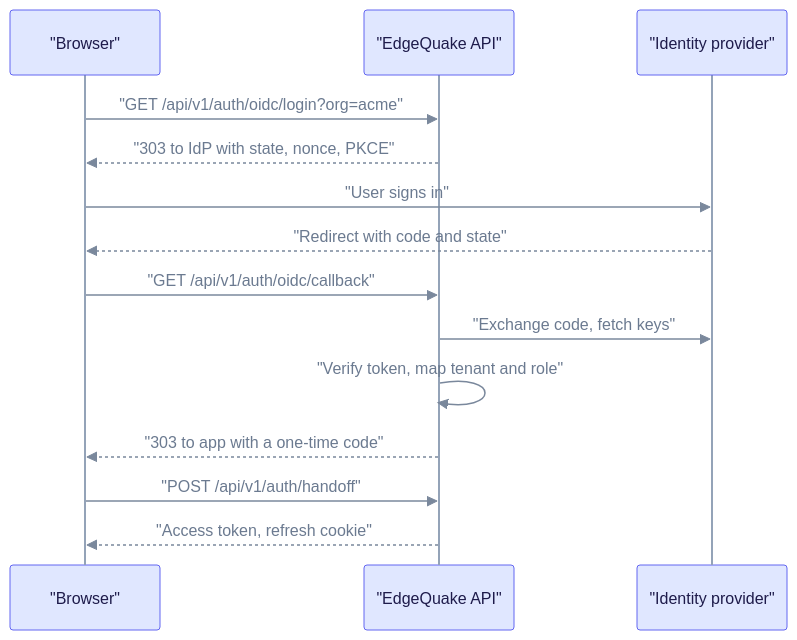
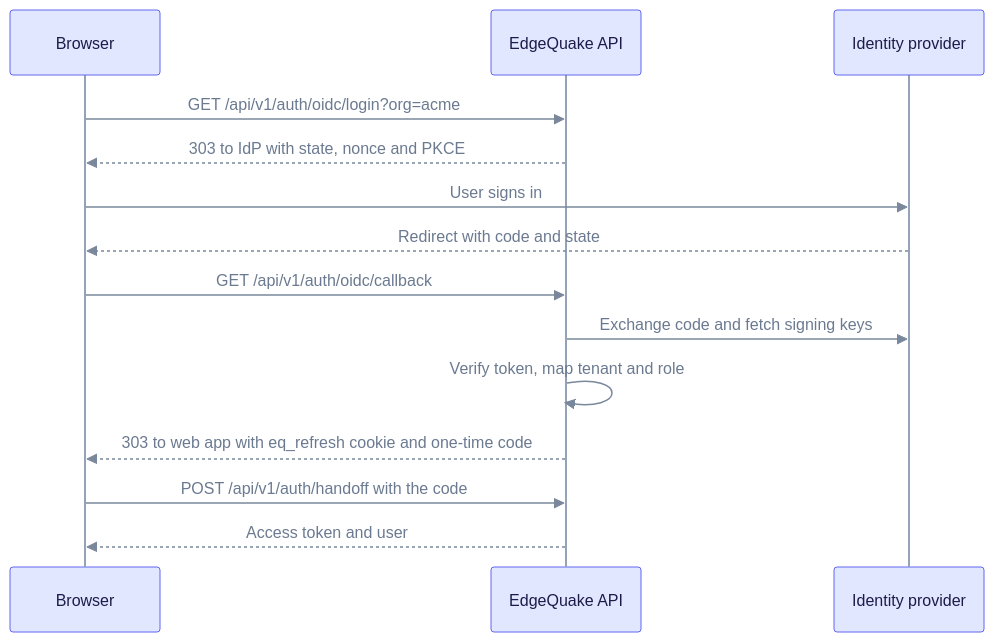
Before and after one commit to raphaelmansuy/edgequake: the second of 2 diagrams in docs/security/authentication/index.md, drawn with Mermaid. The commit also changed other lines of this file and 194 other files, not shown here.

First line of the commit message:
Refresh docs against code and rebuild schema E/R as progressive steps

````diff
--- a/docs/security/authentication/index.md
+++ b/docs/security/authentication/index.md
@@ -30,18 +30,18 @@
 ```mermaid
 %%{init: {"theme":"base","themeVariables":{"primaryColor":"#E0E7FF","primaryBorderColor":"#6366F1","primaryTextColor":"#1E1B4B","secondaryColor":"#D1FAE5","secondaryBorderColor":"#10B981","secondaryTextColor":"#064E3B","tertiaryColor":"#FEF3C7","tertiaryBorderColor":"#F59E0B","tertiaryTextColor":"#6B7A90","lineColor":"#7A889C","clusterBkg":"rgba(99,102,241,0.07)","clusterBorder":"#A5B4FC","noteBkgColor":"#FEF9C3","noteTextColor":"#422006","textColor":"#6B7A90","titleColor":"#6B7A90","signalColor":"#7A889C","signalTextColor":"#6B7A90","loopTextColor":"#6B7A90","edgeLabelBackground":"#F1F5F9","actorLineColor":"#94A3B8"}}}%%
 %% eq-theme:v1
 sequenceDiagram
-  participant B as "Browser"
-  participant A as "EdgeQuake API"
-  participant I as "Identity provider"
-  B->>A: "GET /api/v1/auth/oidc/login?org=acme"
-  A-->>B: "303 to IdP with state, nonce, PKCE"
-  B->>I: "User signs in"
-  I-->>B: "Redirect with code and state"
-  B->>A: "GET /api/v1/auth/oidc/callback"
-  A->>I: "Exchange code, fetch keys"
-  A->>A: "Verify token, map tenant and role"
-  A-->>B: "303 to app with a one-time code"
-  B->>A: "POST /api/v1/auth/handoff"
-  A-->>B: "Access token, refresh cookie"
+  participant B as Browser
+  participant A as EdgeQuake API
+  participant I as Identity provider
+  B->>A: GET /api/v1/auth/oidc/login?org=acme
+  A-->>B: 303 to IdP with state, nonce and PKCE
+  B->>I: User signs in
+  I-->>B: Redirect with code and state
+  B->>A: GET /api/v1/auth/oidc/callback
+  A->>I: Exchange code and fetch signing keys
+  A->>A: Verify token, map tenant and role
+  A-->>B: 303 to web app with eq_refresh cookie and one-time code
+  B->>A: POST /api/v1/auth/handoff with the code
+  A-->>B: Access token and user
 ```
````
